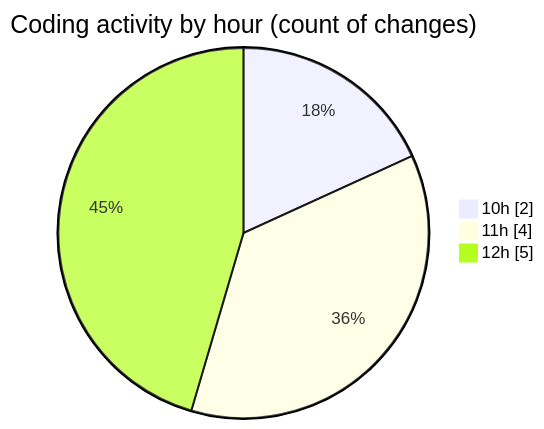
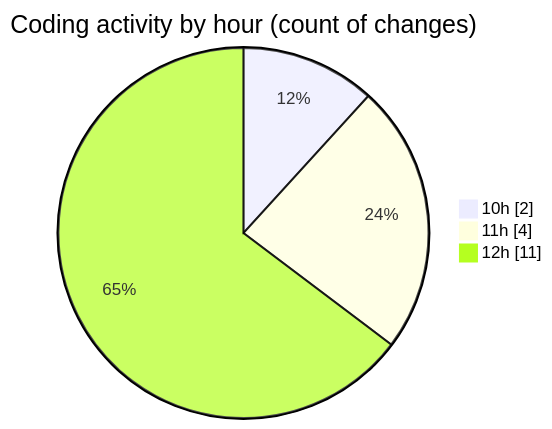
Before and after one commit to nxtqubesakshisongat/code-tracking: the second of 2 diagrams in 2025-11-06/nxtqube_webapp/README.md, drawn with Mermaid. The commit also changed other lines of this file and 1 other file, not shown here.

````diff
--- a/2025-11-06/nxtqube_webapp/README.md
+++ b/2025-11-06/nxtqube_webapp/README.md
@@ -30,7 +30,7 @@
 ```mermaid
 pie showData
 title Coding activity by hour (count of changes)
 "10h" : 2
 "11h" : 4
-"12h" : 5
+"12h" : 11
 ```
````
